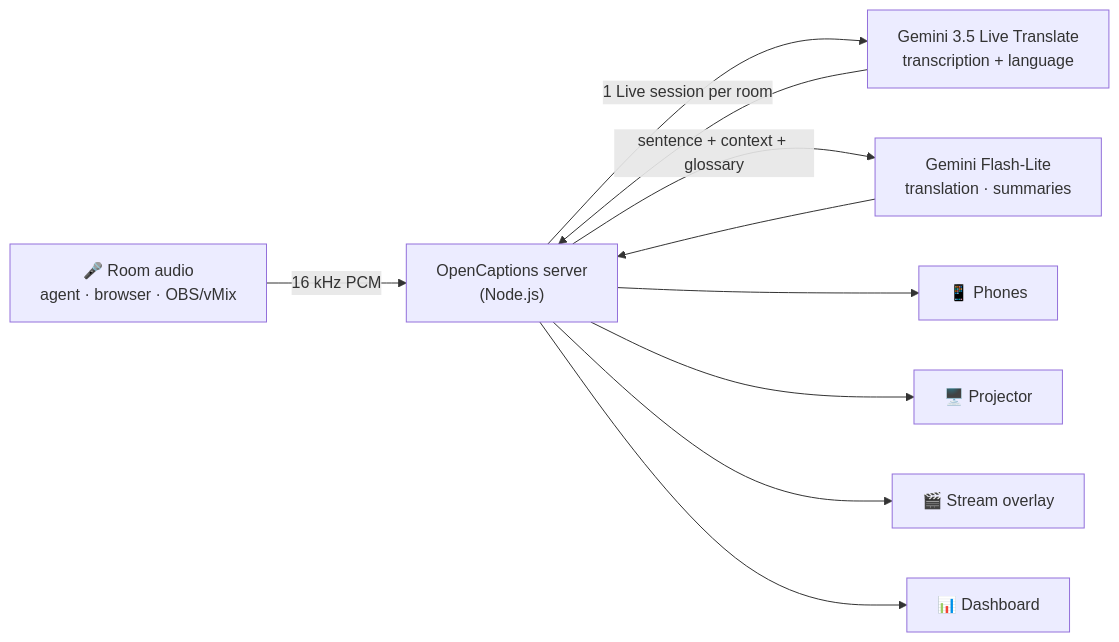
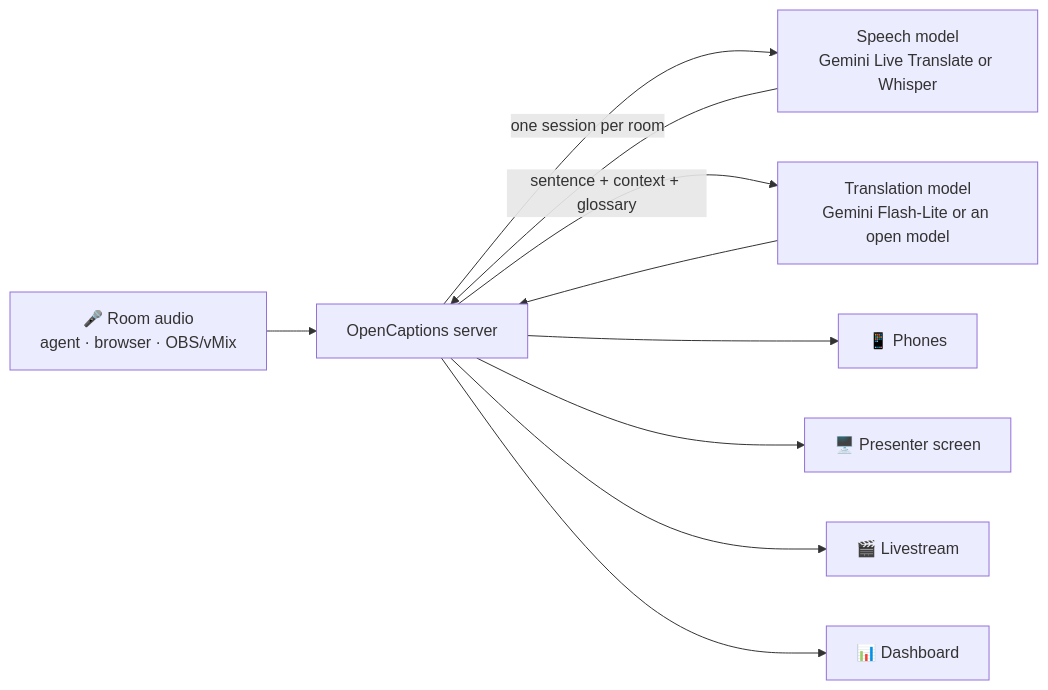
The diagram in README.md (carraroesteban/opencaptions), drawn with Mermaid before and after one commit. The commit also changed other lines of this file and 52 other files, not shown here.

````diff
--- a/README.md
+++ b/README.md
@@ -161,12 +190,12 @@
 ```mermaid
 flowchart LR
-  A["🎤 Room audio<br/>agent · browser · OBS/vMix"] -->|16 kHz PCM| S["OpenCaptions server<br/>(Node.js)"]
-  S -->|"1 Live session per room"| G["Gemini 3.5 Live Translate<br/>transcription + language"]
+  A["🎤 Room audio<br/>agent · browser · OBS/vMix"] --> S["OpenCaptions server"]
+  S -->|"one session per room"| G["Speech model<br/>Gemini Live Translate or Whisper"]
   G --> S
-  S -->|"sentence + context + glossary"| F["Gemini Flash-Lite<br/>translation · summaries"]
+  S -->|"sentence + context + glossary"| F["Translation model<br/>Gemini Flash-Lite or an open model"]
   F --> S
   S --> P["📱 Phones"]
-  S --> R["🖥️ Projector"]
-  S --> O["🎬 Stream overlay"]
+  S --> R["🖥️ Presenter screen"]
+  S --> O["🎬 Livestream"]
   S --> D["📊 Dashboard"]
 ```
````
